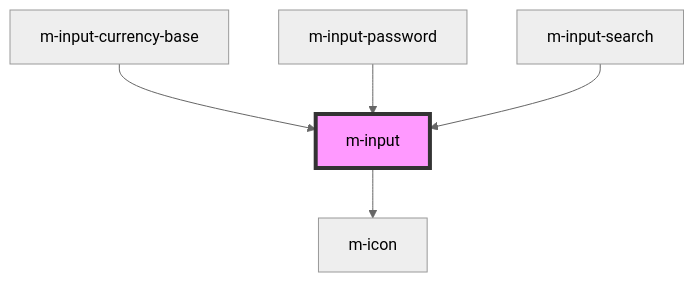
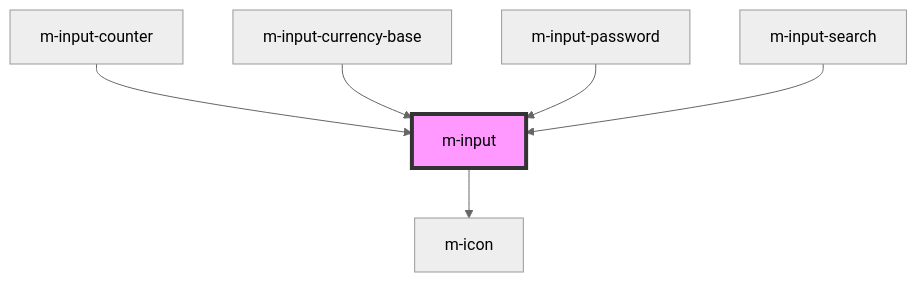
One commit to dynamic-framework/dynamic-ui changed the diagram in libraries/modyo-design-system/src/components/m-input/readme.md. Above: the diagram before and after it, drawn with Mermaid (neutral theme). The commit also changed other lines of this file and 18 other files, not shown here.

Commit message:
feat: m-counter homologation and adjust css variables of m-input

````diff
--- a/libraries/modyo-design-system/src/components/m-input/readme.md
+++ b/libraries/modyo-design-system/src/components/m-input/readme.md
@@ -85,8 +86,9 @@
 ```mermaid
 graph TD;
   m-input --> m-icon
+  m-input-counter --> m-input
   m-input-currency-base --> m-input
   m-input-password --> m-input
   m-input-search --> m-input
   style m-input fill:#f9f,stroke:#333,stroke-width:4px
 ```
````
